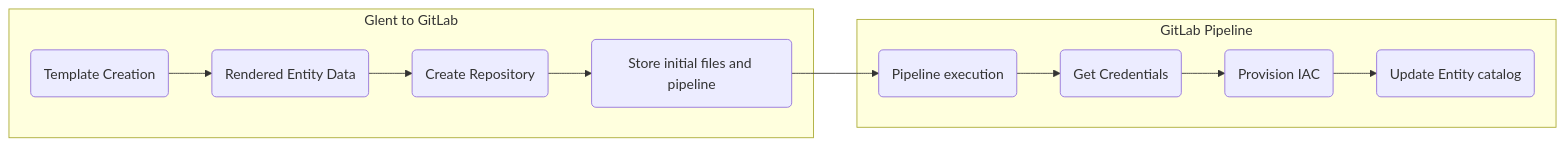
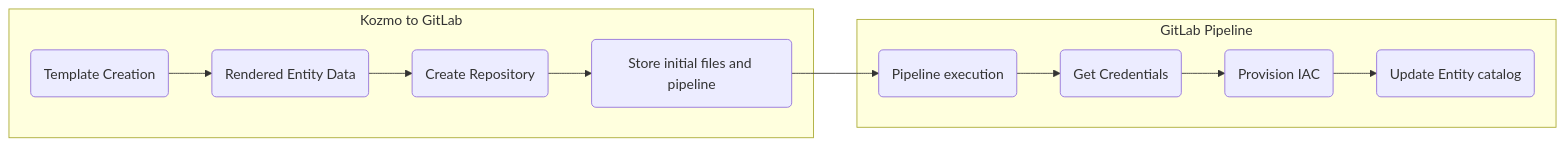
One commit to kozmoai/glent-deploy-aws changed the first of 2 diagrams in website/docs/techdocs/process.md. Above: the diagram before and after it, drawn with Mermaid. The commit also changed other lines of this file and 331 other files, not shown here.

````diff
--- a/website/docs/techdocs/process.md
+++ b/website/docs/techdocs/process.md
@@ -14,14 +14,14 @@
 ```mermaid
 flowchart LR;
-    subgraph Glent to GitLab
+    subgraph Kozmo to GitLab
     id(Template Creation)-->id2(Rendered Entity Data);
     id2(Rendered Entity Data)-->id3(Create Repository);
     id3(Create Repository)-->id4(Store initial files and pipeline);
     end
     subgraph GitLab Pipeline
     id4(Store initial files and pipeline)-->id5(Pipeline execution);
     id5(Pipeline execution)-->id6(Get Credentials);
     id6(Get Credentials)-->id7(Provision IAC);
     id7(Provision IAC)-->id8(Update Entity catalog);
     end
 ```
````
